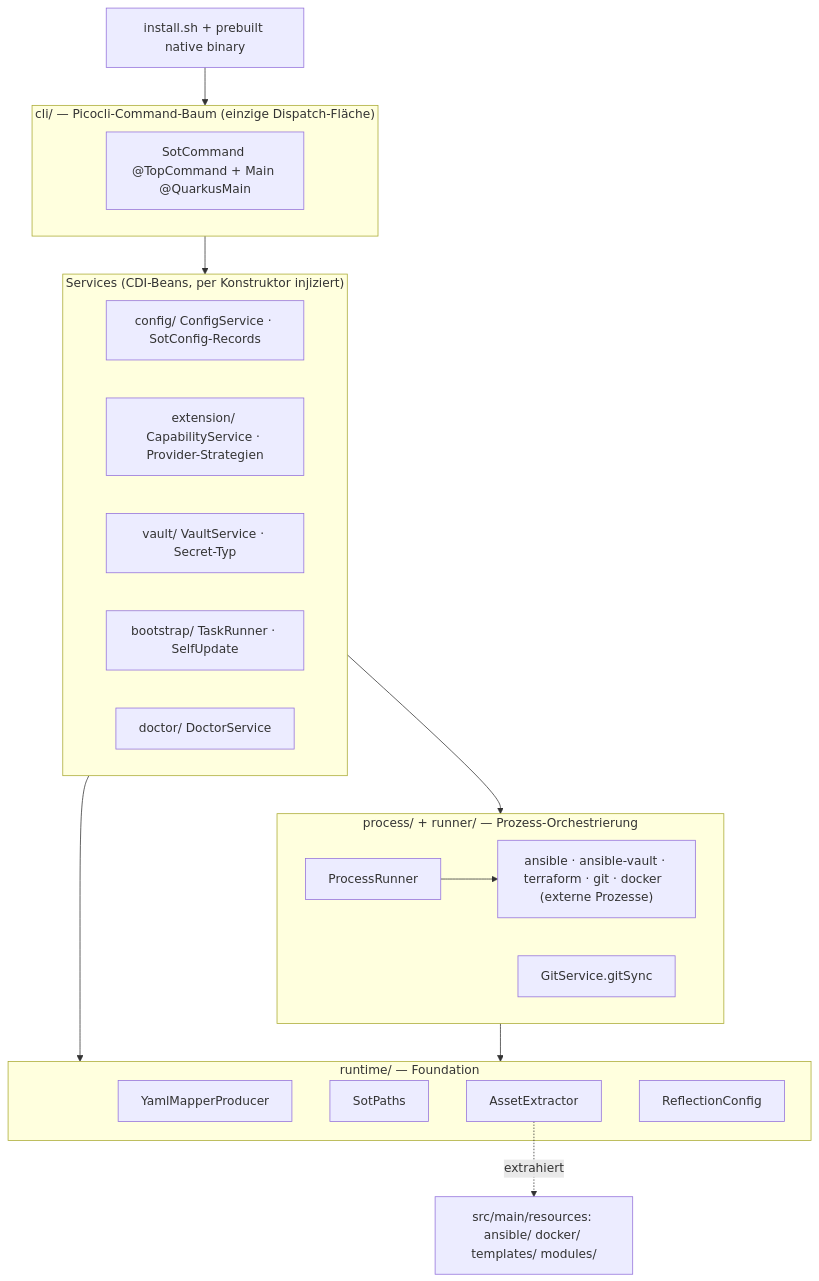
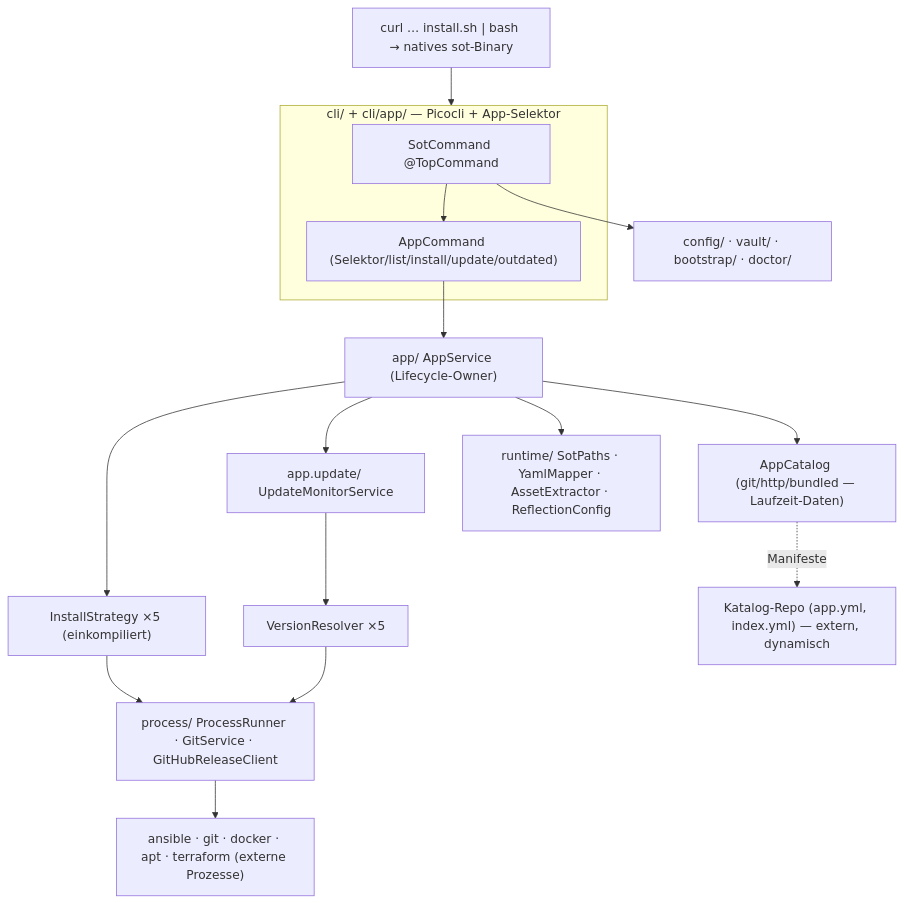
Before and after one commit to NiklasJavier/DOT: the diagram in docs/java-quarkus-rewrite-plan.md, drawn with Mermaid. The commit also changed other lines of this file and 1 other file, not shown here.

First line of the commit message:
docs: App-Manager als Kern-Zweck + One-Liner-Install + Gradle/Justfile

````diff
--- a/docs/java-quarkus-rewrite-plan.md
+++ b/docs/java-quarkus-rewrite-plan.md
@@ -42,30 +238,18 @@
 ```mermaid
 graph TD
-    IN[install.sh + prebuilt native binary] --> CLI
-    subgraph CLI["cli/ — Picocli-Command-Baum (einzige Dispatch-Fläche)"]
-      ROOT["SotCommand @TopCommand + Main @QuarkusMain"]
+    IN["curl … install.sh | bash → natives sot-Binary"] --> CLI
+    subgraph CLI["cli/ + cli/app/ — Picocli + App-Selektor"]
+      ROOT["SotCommand @TopCommand"] --> APPC["AppCommand (Selektor/list/install/update/outdated)"]
     end
-    CLI --> SVC
-    subgraph SVC["Services (CDI-Beans, per Konstruktor injiziert)"]
-      CFG[config/ ConfigService · SotConfig-Records]
-      EXT[extension/ CapabilityService · Provider-Strategien]
-      VLT[vault/ VaultService · Secret-Typ]
-      BOOT[bootstrap/ TaskRunner · SelfUpdate]
-      DOC[doctor/ DoctorService]
-    end
-    SVC --> PROC
-    subgraph PROC["process/ + runner/ — Prozess-Orchestrierung"]
-      PR[ProcessRunner] --> EXTTOOLS
-      GIT[GitService.gitSync]
-    end
-    subgraph RT["runtime/ — Foundation"]
-      YAML[YamlMapperProducer] 
-      PATHS[SotPaths]
-      ASSET[AssetExtractor]
-      REFL[ReflectionConfig]
-    end
-    SVC --> RT
-    PROC --> RT
-    EXTTOOLS["ansible · ansible-vault · terraform · git · docker  (externe Prozesse)"]
-    ASSET -.extrahiert.-> RES["src/main/resources: ansible/ docker/ templates/ modules/"]
+    APPC --> AS["app/ AppService (Lifecycle-Owner)"]
+    AS --> CAT["AppCatalog (git/http/bundled — Laufzeit-Daten)"]
+    AS --> STR["InstallStrategy ×5 (einkompiliert)"]
+    AS --> UPD["app.update/ UpdateMonitorService"]
+    UPD --> VR["VersionResolver ×5"]
+    STR --> PROC["process/ ProcessRunner · GitService · GitHubReleaseClient"]
+    VR --> PROC
+    ROOT --> OTHER["config/ · vault/ · bootstrap/ · doctor/"]
+    PROC --> EXT["ansible · git · docker · apt · terraform (externe Prozesse)"]
+    AS --> RT["runtime/ SotPaths · YamlMapper · AssetExtractor · ReflectionConfig"]
+    CAT -.Manifeste.-> CATREPO["Katalog-Repo (app.yml, index.yml) — extern, dynamisch"]
 ```
````
